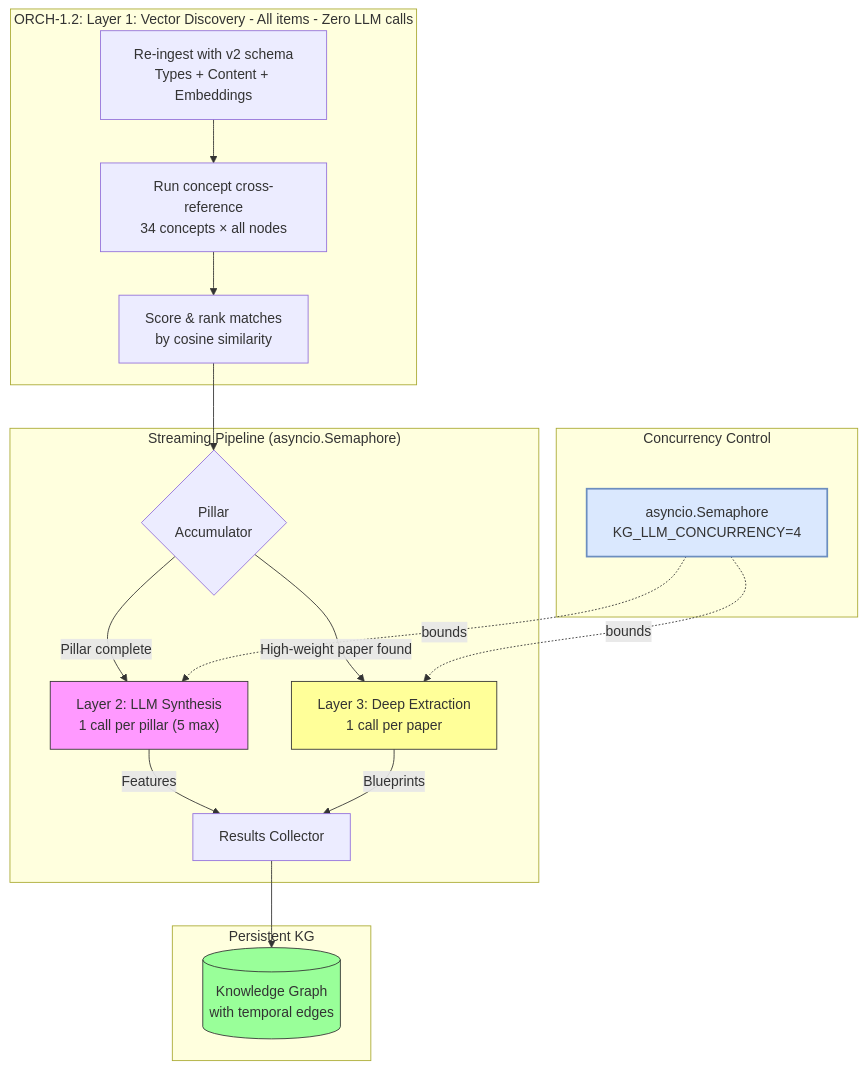
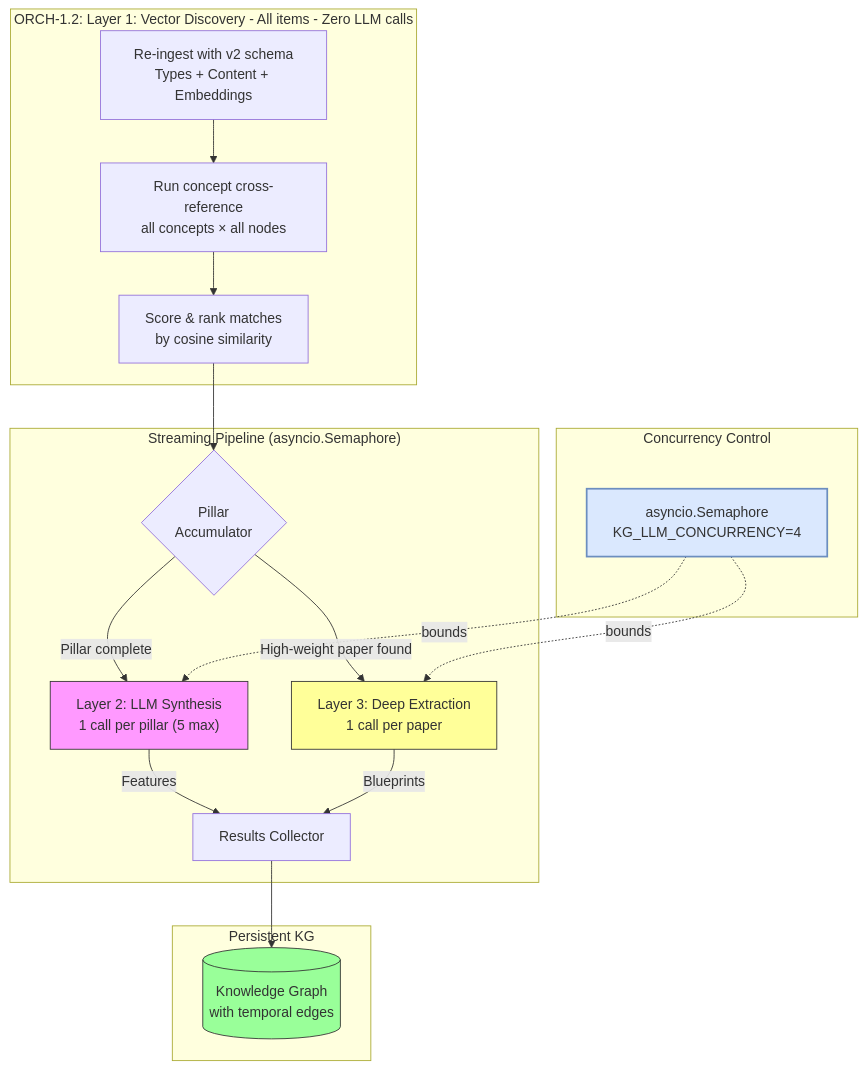
Before and after one commit to Knuckles-Team/agent-utilities: the diagram in docs/architecture/layered_analysis_architecture.md, drawn with Mermaid. The commit also changed other lines of this file and 556 other files, not shown here.

````diff
--- a/docs/architecture/layered_analysis_architecture.md
+++ b/docs/architecture/layered_analysis_architecture.md
@@ -11,31 +11,31 @@
 ```mermaid
 graph TD
     subgraph "ORCH-1.2: Layer 1: Vector Discovery - All items - Zero LLM calls"
-        A["Re-ingest with v2 schema<br/>Types + Content + Embeddings"] --> B["Run concept cross-reference<br/>34 concepts × all nodes"]
+        A["Re-ingest with v2 schema<br/>Types + Content + Embeddings"] --> B["Run concept cross-reference<br/>all concepts × all nodes"]
         B --> C["Score & rank matches<br/>by cosine similarity"]
     end
 
     subgraph "Streaming Pipeline (asyncio.Semaphore)"
         C --> ACC{"Pillar<br/>Accumulator"}
 
         ACC -->|"Pillar complete"| L2["Layer 2: LLM Synthesis<br/>1 call per pillar (5 max)"]
         ACC -->|"High-weight paper found"| L3["Layer 3: Deep Extraction<br/>1 call per paper"]
 
         L2 --> |"Features"| OUT["Results Collector"]
         L3 --> |"Blueprints"| OUT
     end
 
     subgraph "Concurrency Control"
         SEM["asyncio.Semaphore<br/>KG_LLM_CONCURRENCY=4"] -.->|"bounds"| L2
         SEM -.->|"bounds"| L3
     end
 
     subgraph "Persistent KG"
         OUT --> L[("Knowledge Graph<br/>with temporal edges")]
     end
 
     style L2 fill:#f9f,stroke:#333
     style L3 fill:#ff9,stroke:#333
     style L fill:#9f9,stroke:#333
     style SEM fill:#dae8fe,stroke:#6c8ebf,stroke-width:2px
 ```
````
